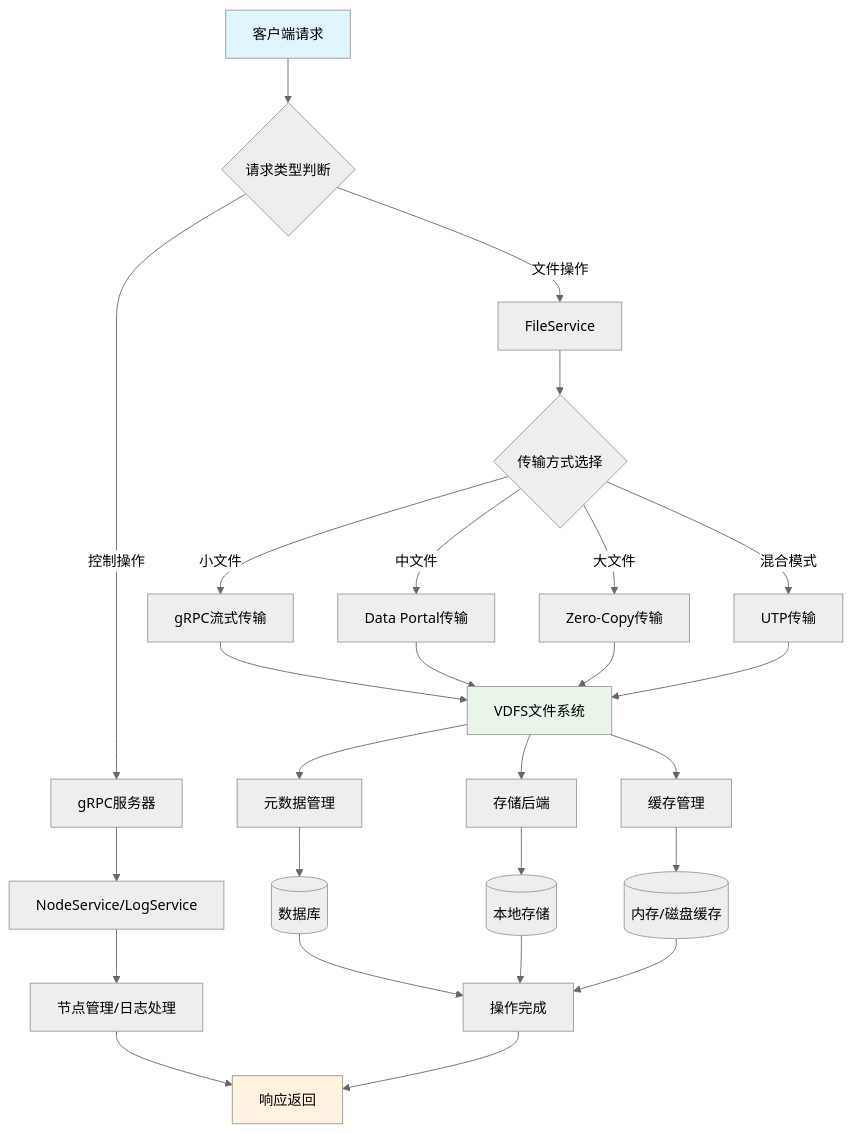
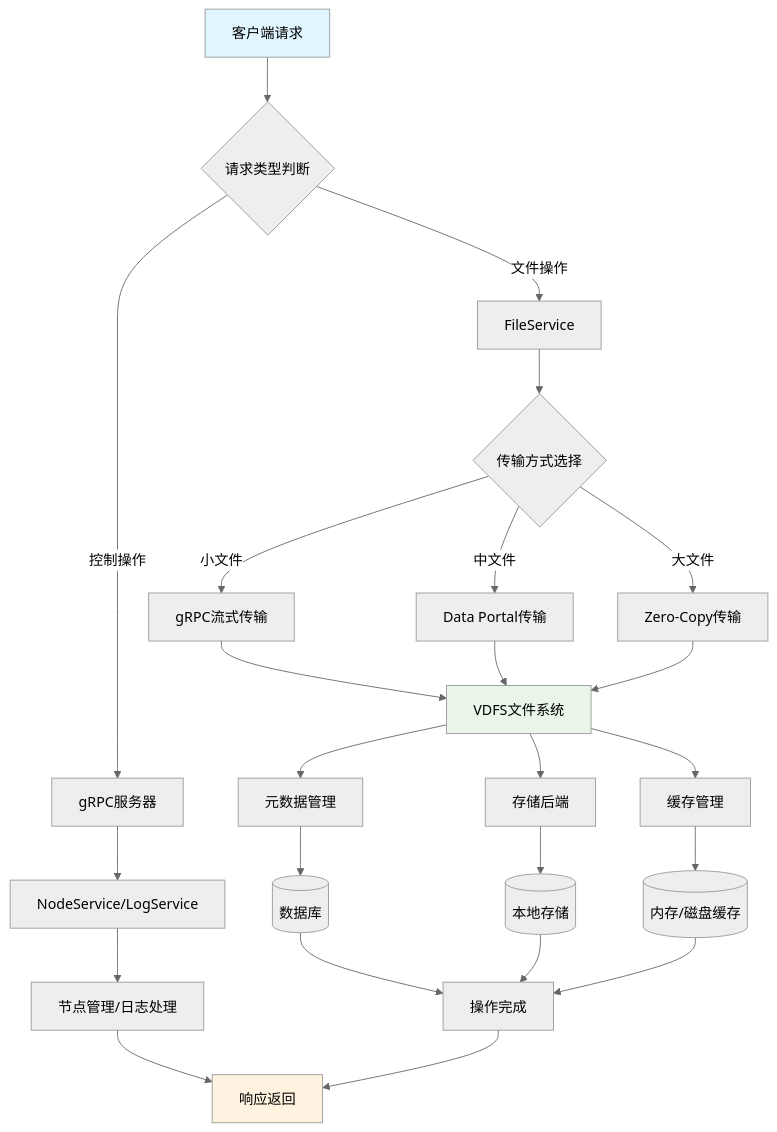
Before and after one commit to Gyangu/librorum: diagram 14 of 17 in docs/CORE_ARCHITECTURE.md, drawn with Mermaid (neutral theme). The commit also changed other lines of this file and 19 other files, not shown here.

````diff
--- a/docs/CORE_ARCHITECTURE.md
+++ b/docs/CORE_ARCHITECTURE.md
@@ -623,47 +541,45 @@
 ```mermaid
 flowchart TD
     %% 客户端请求
     A[客户端请求] --> B{请求类型判断}
     
     %% 控制操作流向
     B -->|控制操作| C[gRPC服务器]
     C --> D[NodeService/LogService]
     D --> E[节点管理/日志处理]
     E --> F[响应返回]
     
     %% 文件操作流向
     B -->|文件操作| G[FileService]
     G --> H{传输方式选择}
     
     %% 传输路径选择
     H -->|小文件| I[gRPC流式传输]
     H -->|中文件| J[Data Portal传输]
     H -->|大文件| K[Zero-Copy传输]
-    H -->|混合模式| L[UTP传输]
     
     %% VDFS处理
     I --> M[VDFS文件系统]
     J --> M
     K --> M
-    L --> M
     
     %% 存储层处理
     M --> N[元数据管理]
     M --> O[存储后端]
     M --> P[缓存管理]
     
     %% 持久化
     N --> Q[(数据库)]
     O --> R[(本地存储)]
     P --> S[(内存/磁盘缓存)]
     
     %% 响应路径
     Q --> T[操作完成]
     R --> T
     S --> T
     T --> F
     
     style A fill:#e1f5fe
     style M fill:#e8f5e8
     style F fill:#fff3e0
 ```
````
